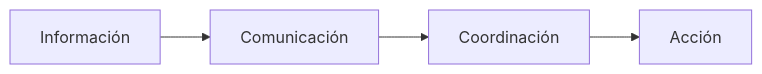
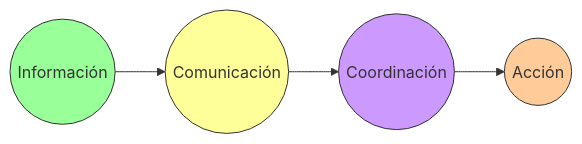
Before and after one commit to JhalexR/learning-journey: the sixth of 6 diagrams in Knowledge Base/2 Articulos e investigaciones/3. Hospitalización y Software.md, drawn with Mermaid. The commit also changed other lines of this file, not shown here.

````diff
--- a/Knowledge Base/2 Articulos e investigaciones/3. Hospitalización y Software.md
+++ b/Knowledge Base/2 Articulos e investigaciones/3. Hospitalización y Software.md
@@ -167,13 +163,17 @@
 ```mermaid
-
 flowchart LR
 
-Informacion["Información"]
-Comunicacion["Comunicación"]
-Coordinacion["Coordinación"]
-Accion["Acción"]
+Informacion(("Información"))
+Comunicacion(("Comunicación"))
+Coordinacion(("Coordinación"))
+Accion(("Acción"))
+
+style Informacion fill:#99ff99,stroke:#333,stroke-width:1px
+style Comunicacion fill:#ffff99,stroke:#333,stroke-width:1px
+style Coordinacion fill:#cc99ff,stroke:#333,stroke-width:1px
+style Accion fill:#ffcc99,stroke:#333,stroke-width:1px
 
 Informacion --> Comunicacion
 Comunicacion --> Coordinacion
 Coordinacion --> Accion
 ```
````
